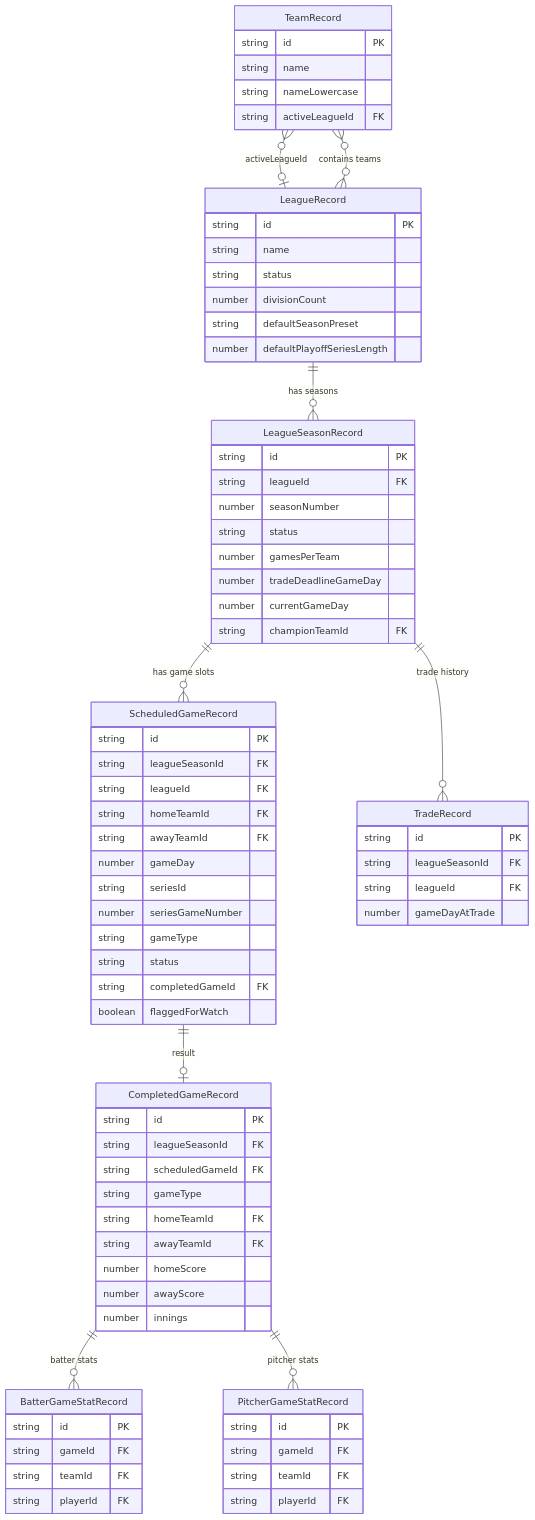
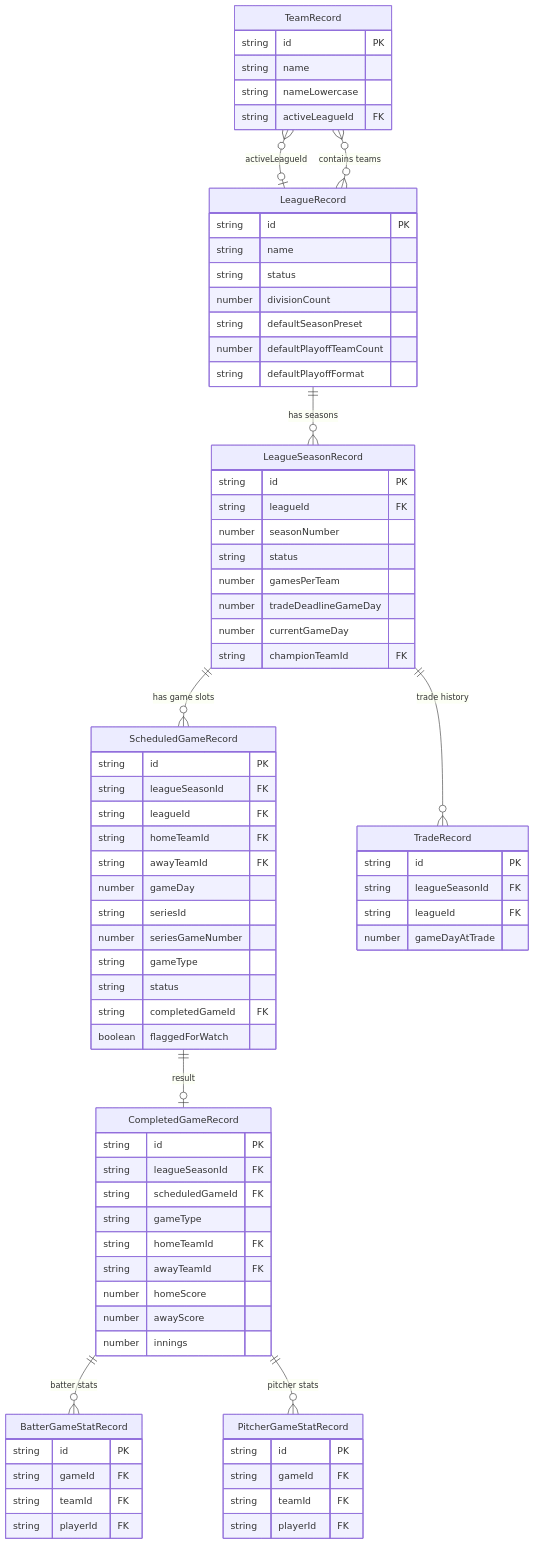
The second of 2 diagrams in docs/league-mode/data-model.md (maniator/blipit-legends), drawn with Mermaid before and after one commit. The commit also changed 2 other files, not shown here.

Commit message:
docs: address remaining PR review thread inconsistencies
Agent-Logs-Url: https://github.com/maniator/blipit-legends/sessions/9d4c2451-6211-4537-b9c3-1cd933849736

```diff
--- a/docs/league-mode/data-model.md
+++ b/docs/league-mode/data-model.md
@@ -678,7 +678,8 @@
         string status
         number divisionCount
         string defaultSeasonPreset
-        number defaultPlayoffSeriesLength
+        number defaultPlayoffTeamCount
+        string defaultPlayoffFormat
     }
 
     LeagueSeasonRecord {
```
